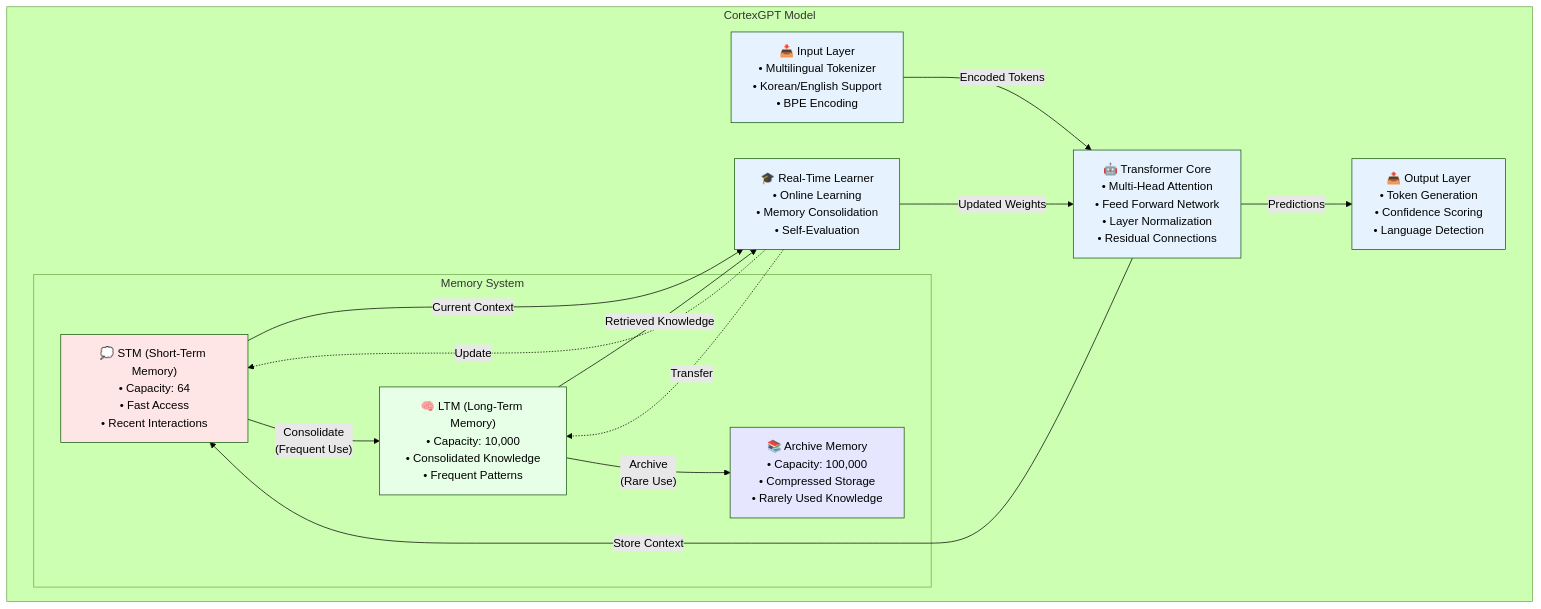
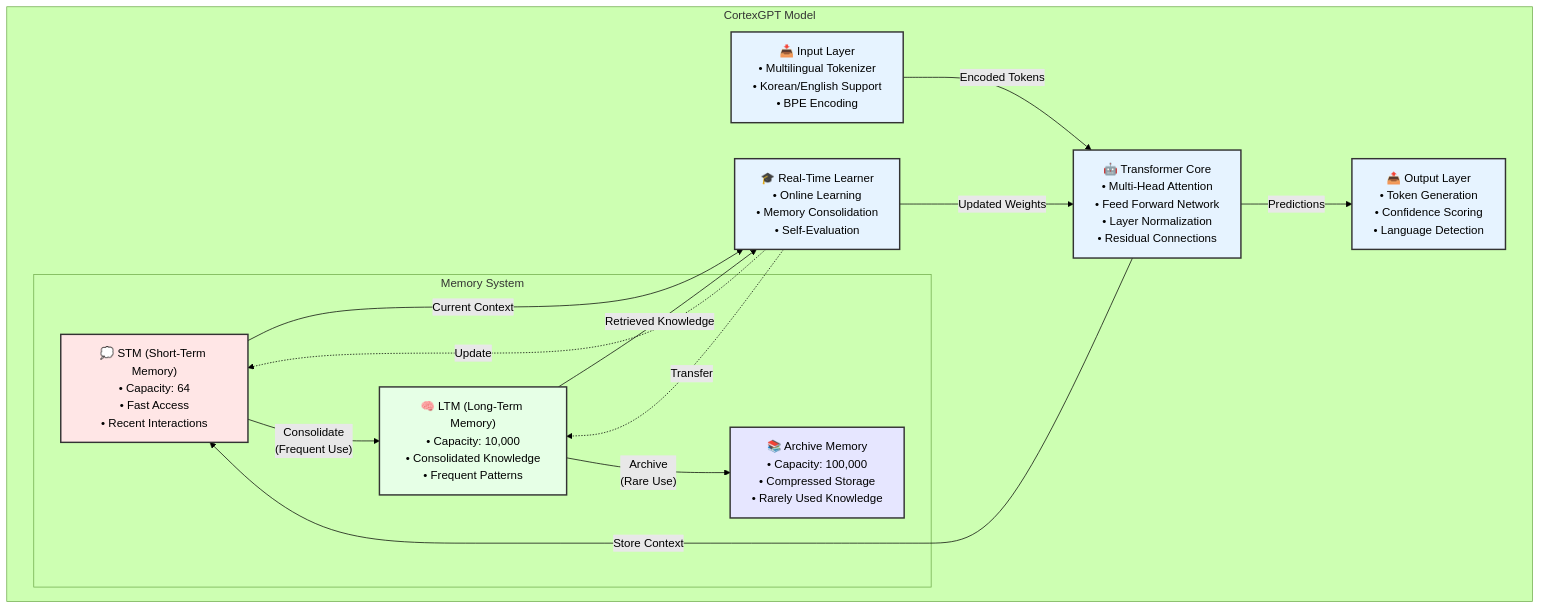
One commit to comsa33/brain-inspired-gpt changed the diagram in README.md. Above: the diagram before and after it, drawn with Mermaid (forest theme). The commit also changed other lines of this file and 1 other file, not shown here.

Commit message:
feat: Update README and README_KR with detailed CortexGPT features and innovations

````diff
--- a/README.md
+++ b/README.md
@@ -21,37 +32,37 @@
 ```mermaid
 graph TB
     subgraph "CortexGPT Model"
         Input["📥 Input Layer<br/>• Multilingual Tokenizer<br/>• Korean/English Support<br/>• BPE Encoding"]
         
         Transformer["🤖 Transformer Core<br/>• Multi-Head Attention<br/>• Feed Forward Network<br/>• Layer Normalization<br/>• Residual Connections"]
         
         subgraph "Memory System"
             STM["💭 STM (Short-Term Memory)<br/>• Capacity: 64<br/>• Fast Access<br/>• Recent Interactions"]
             LTM["🧠 LTM (Long-Term Memory)<br/>• Capacity: 10,000<br/>• Consolidated Knowledge<br/>• Frequent Patterns"]
             Archive["📚 Archive Memory<br/>• Capacity: 100,000<br/>• Compressed Storage<br/>• Rarely Used Knowledge"]
         end
         
         Learner["🎓 Real-Time Learner<br/>• Online Learning<br/>• Memory Consolidation<br/>• Self-Evaluation"]
         
         Output["📤 Output Layer<br/>• Token Generation<br/>• Confidence Scoring<br/>• Language Detection"]
     end
     
     Input --> |"Encoded Tokens"| Transformer
     Transformer --> |"Store Context"| STM
     STM --> |"Consolidate<br/>(Frequent Use)"| LTM
     LTM --> |"Archive<br/>(Rare Use)"| Archive
     STM --> |"Current Context"| Learner
     LTM --> |"Retrieved Knowledge"| Learner
     Learner --> |"Updated Weights"| Transformer
     Transformer --> |"Predictions"| Output
     Learner -.-> |"Update"| STM
     Learner -.-> |"Transfer"| LTM
     
-    style Input fill:#e6f3ff
-    style Transformer fill:#e6f3ff
-    style STM fill:#ffe6e6
-    style LTM fill:#e6ffe6
-    style Archive fill:#e6e6ff
-    style Learner fill:#e6f3ff
-    style Output fill:#e6f3ff
+    style Input fill:#e6f3ff,stroke:#333,stroke-width:2px,color:#000
+    style Transformer fill:#e6f3ff,stroke:#333,stroke-width:2px,color:#000
+    style STM fill:#ffe6e6,stroke:#333,stroke-width:2px,color:#000
+    style LTM fill:#e6ffe6,stroke:#333,stroke-width:2px,color:#000
+    style Archive fill:#e6e6ff,stroke:#333,stroke-width:2px,color:#000
+    style Learner fill:#e6f3ff,stroke:#333,stroke-width:2px,color:#000
+    style Output fill:#e6f3ff,stroke:#333,stroke-width:2px,color:#000
 ```
````
